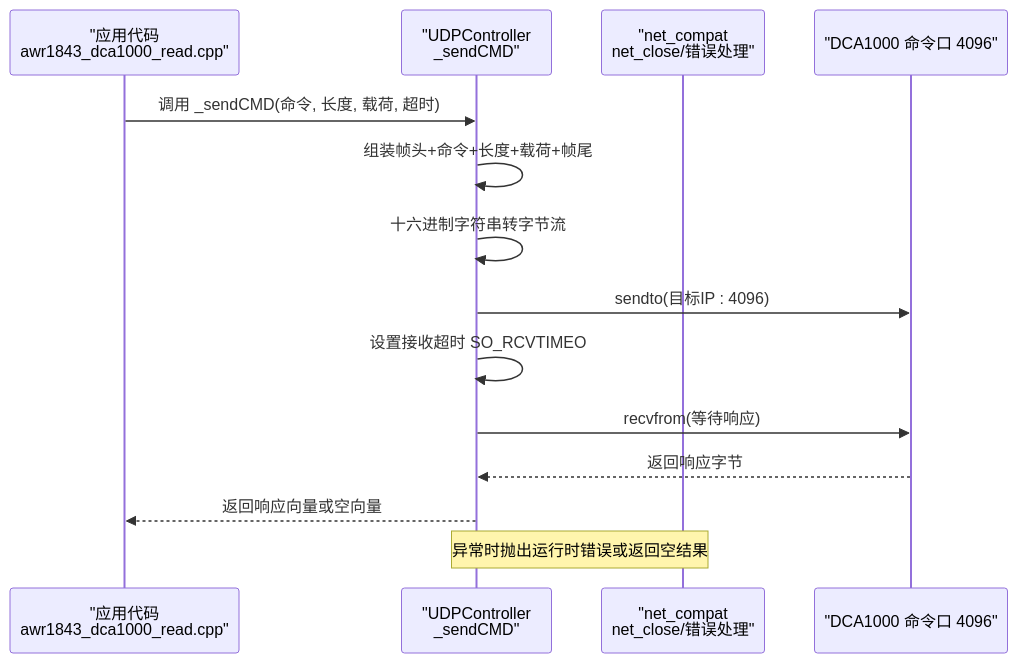
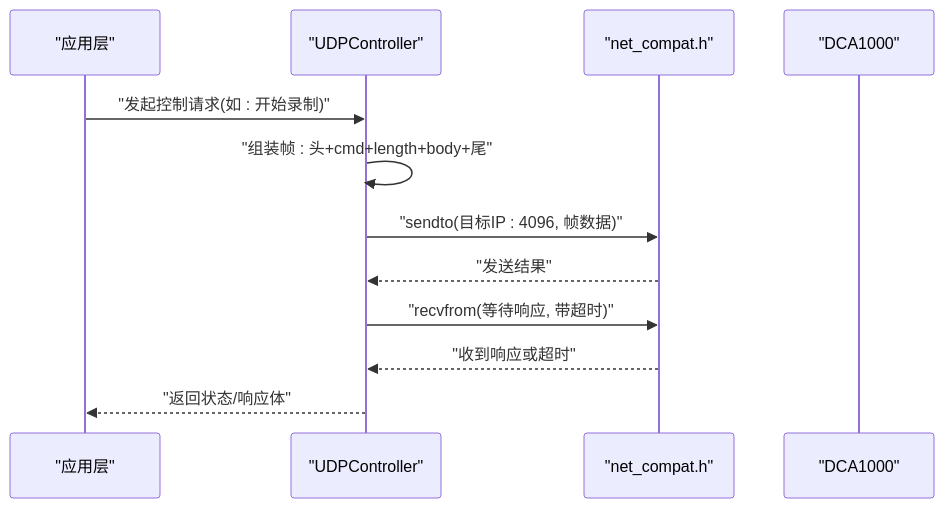
One commit to Lukad77/awr1843-radar-toolkit changed the second of 5 diagrams in .qoder/repowiki/zh/content/雷达与 DCA1000 设备控制/DCA1000 命令控制.md. Above: the diagram before and after it, drawn with Mermaid. The commit also changed other lines of this file and 106 other files, not shown here.

````diff
--- a/.qoder/repowiki/zh/content/雷达与 DCA1000 设备控制/DCA1000 命令控制.md
+++ b/.qoder/repowiki/zh/content/雷达与 DCA1000 设备控制/DCA1000 命令控制.md
@@ -62,16 +71,14 @@
 ```mermaid
 sequenceDiagram
-participant App as "应用代码<br/>awr1843_dca1000_read.cpp"
-participant Ctrl as "UDPController<br/>_sendCMD"
-participant Net as "net_compat<br/>net_close/错误处理"
-participant DCA as "DCA1000 命令口 4096"
-App->>Ctrl : 调用 _sendCMD(命令, 长度, 载荷, 超时)
-Ctrl->>Ctrl : 组装帧头+命令+长度+载荷+帧尾
-Ctrl->>Ctrl : 十六进制字符串转字节流
-Ctrl->>DCA : sendto(目标IP : 4096)
-Ctrl->>Ctrl : 设置接收超时 SO_RCVTIMEO
-Ctrl->>DCA : recvfrom(等待响应)
-DCA-->>Ctrl : 返回响应字节
-Ctrl-->>App : 返回响应向量或空向量
-Note over Ctrl,Net : 异常时抛出运行时错误或返回空结果
+participant App as "应用层"
+participant Ctrl as "UDPController"
+participant Net as "net_compat.h"
+participant Dev as "DCA1000"
+App->>Ctrl : "发起控制请求(如 : 开始录制)"
+Ctrl->>Ctrl : "组装帧 : 头+cmd+length+body+尾"
+Ctrl->>Net : "sendto(目标IP : 4096, 帧数据)"
+Net-->>Ctrl : "发送结果"
+Ctrl->>Net : "recvfrom(等待响应, 带超时)"
+Net-->>Ctrl : "收到响应或超时"
+Ctrl-->>App : "返回状态/响应体"
 ```
````
